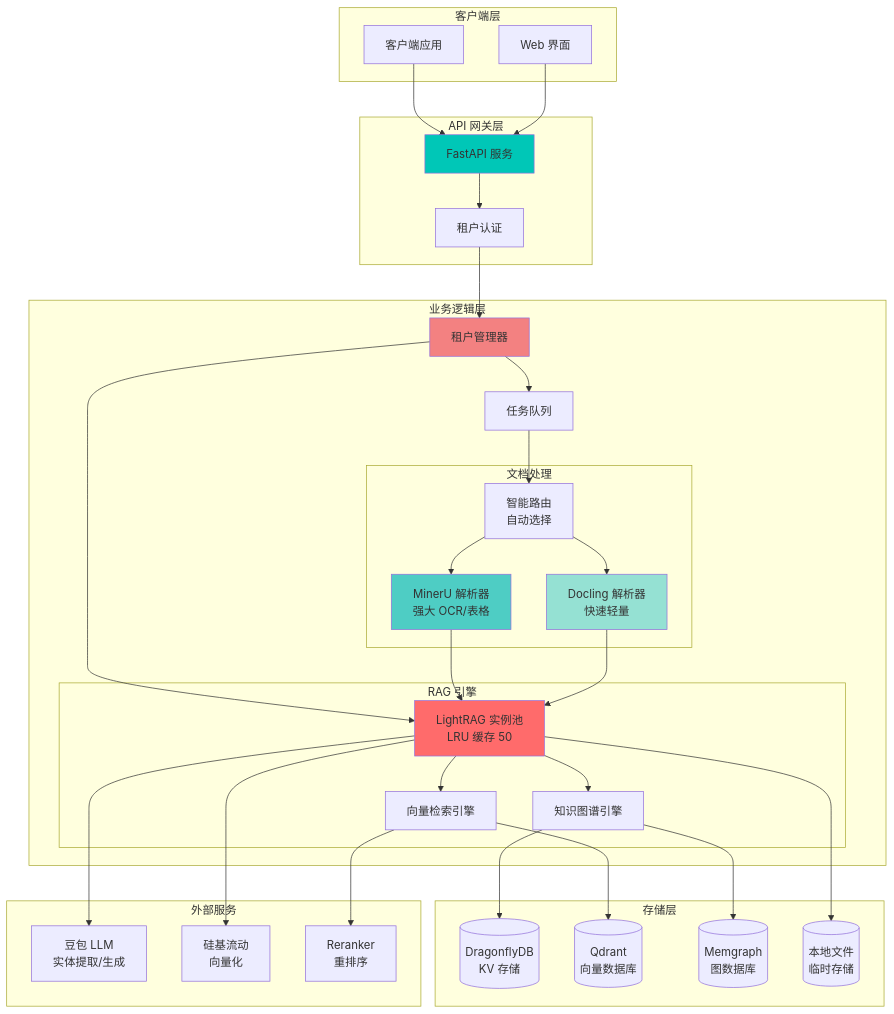
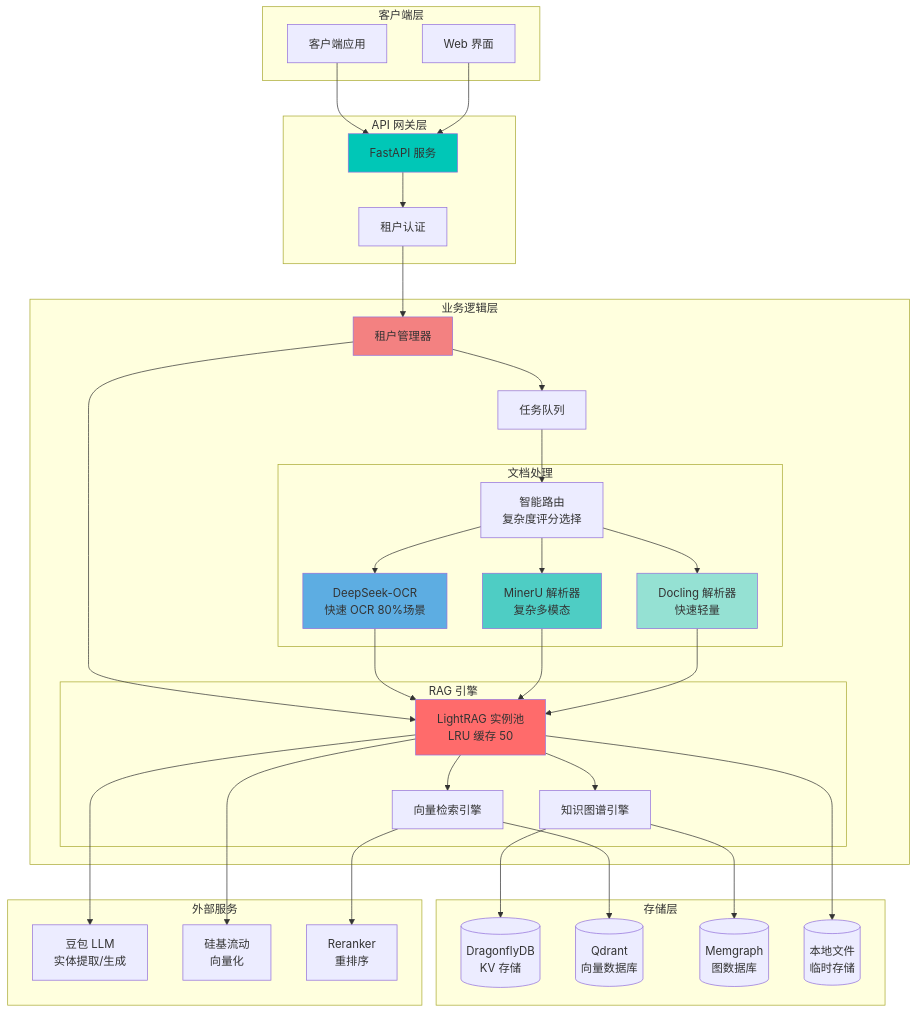
Before and after one commit to BukeLy/rag-api: the first of 2 diagrams in README.md, drawn with Mermaid. The commit also changed 1 other file, not shown here.

Commit message:
docs: 更新架构文档以反映 DeepSeek-OCR 和解析器选择的改进
- 在 README.md 中更新解析器描述，添加 DeepSeek-OCR 和 MinerU 的详细信息。
- 在 ARCHITECTURE.md 中调整解析器选择逻辑，基于复杂度评分智能选择解析器，明确各解析器的适用场景和性能。
- 增强文档中的流程图，突出新解析器的优势和处理时间。

````diff
--- a/README.md
+++ b/README.md
@@ -102,73 +102,77 @@
 ```mermaid
 graph TB
     subgraph "客户端层"
         Client[客户端应用]
         WebUI[Web 界面]
     end
     
     subgraph "API 网关层"
         FastAPI[FastAPI 服务]
         Auth[租户认证]
     end
     
     subgraph "业务逻辑层"
         TenantMgr[租户管理器]
         TaskQueue[任务队列]
         
         subgraph "文档处理"
-            MinerU[MinerU 解析器<br/>强大 OCR/表格]
+            DeepSeekOCR[DeepSeek-OCR<br/>快速 OCR 80%场景]
+            MinerU[MinerU 解析器<br/>复杂多模态]
             Docling[Docling 解析器<br/>快速轻量]
-            FileRouter[智能路由<br/>自动选择]
+            FileRouter[智能路由<br/>复杂度评分选择]
         end
         
         subgraph "RAG 引擎"
             LightRAG[LightRAG 实例池<br/>LRU 缓存 50]
             KG[知识图谱引擎]
             Vector[向量检索引擎]
         end
     end
     
     subgraph "存储层"
         DragonflyDB[(DragonflyDB<br/>KV 存储)]
         Qdrant[(Qdrant<br/>向量数据库)]
         Memgraph[(Memgraph<br/>图数据库)]
         Local[(本地文件<br/>临时存储)]
     end
     
     subgraph "外部服务"
         LLM[豆包 LLM<br/>实体提取/生成]
         Embedding[硅基流动<br/>向量化]
         Rerank[Reranker<br/>重排序]
     end
     
     Client --> FastAPI
     WebUI --> FastAPI
     FastAPI --> Auth
     Auth --> TenantMgr
     TenantMgr --> TaskQueue
     TenantMgr --> LightRAG
     
     TaskQueue --> FileRouter
+    FileRouter --> DeepSeekOCR
     FileRouter --> MinerU
     FileRouter --> Docling
+    DeepSeekOCR --> LightRAG
     MinerU --> LightRAG
     Docling --> LightRAG
     
     LightRAG --> KG
     LightRAG --> Vector
     
     KG --> DragonflyDB
     KG --> Memgraph
     Vector --> Qdrant
     LightRAG --> Local
     
     LightRAG --> LLM
     LightRAG --> Embedding
     Vector --> Rerank
     
     style FastAPI fill:#00C7B7
     style LightRAG fill:#FF6B6B
+    style DeepSeekOCR fill:#5DADE2
     style MinerU fill:#4ECDC4
     style Docling fill:#95E1D3
     style TenantMgr fill:#F38181
 ```
````
